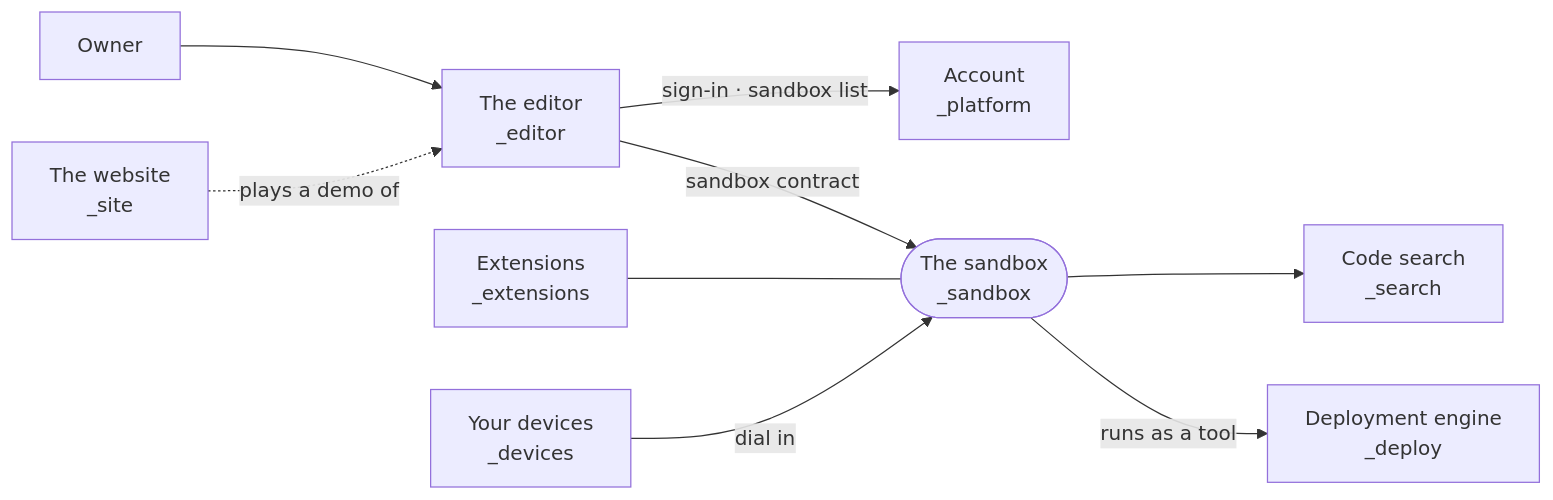
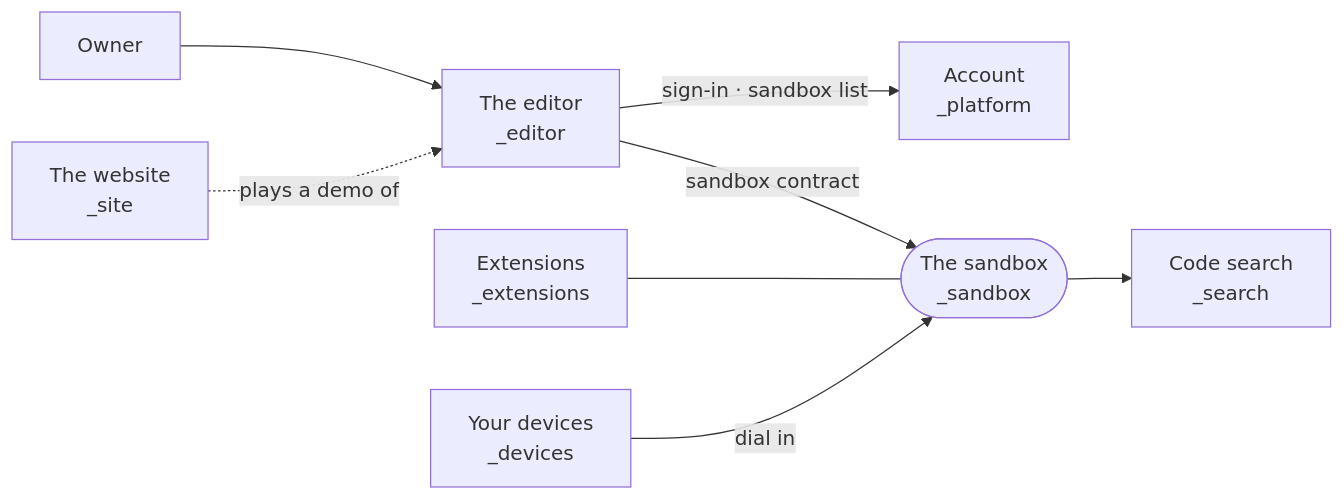
Before and after one commit to intentic/intentic: the first of 3 diagrams in docs/architecture/repo.md, drawn with Mermaid. The commit also changed other lines of this file and 671 other files, not shown here.

First line of the commit message:
refactor(deploy): remove intentic deploy infrastructure and migrate CLI to sandbox

````diff
--- a/docs/architecture/repo.md
+++ b/docs/architecture/repo.md
@@ -7,11 +7,10 @@
 ```mermaid
 flowchart LR
     owner["Owner"] --> editor["The editor<br/>_editor"]
     editor -->|"sign-in · sandbox list"| platform["Account<br/>_platform"]
     editor -->|"sandbox contract"| sandbox(["The sandbox<br/>_sandbox"])
     extensions["Extensions<br/>_extensions"] --- sandbox
     devices["Your devices<br/>_devices"] -->|"dial in"| sandbox
     sandbox --> search["Code search<br/>_search"]
-    sandbox -->|"runs as a tool"| deploy["Deployment engine<br/>_deploy"]
     site["The website<br/>_site"] -.->|"plays a demo of"| editor
 ```
````
